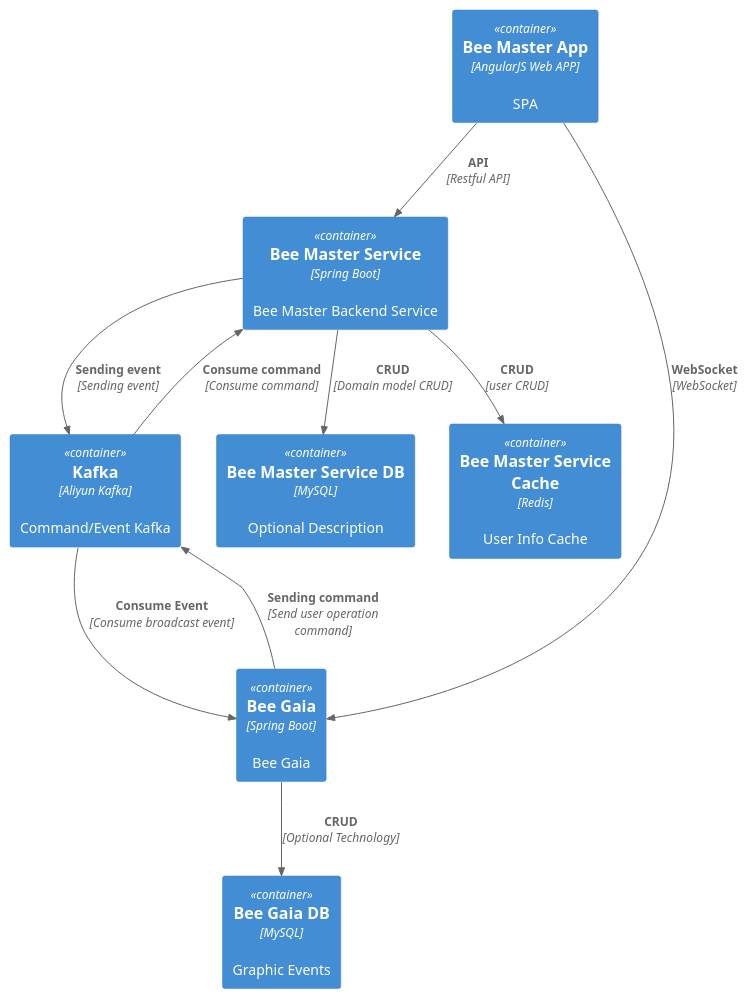
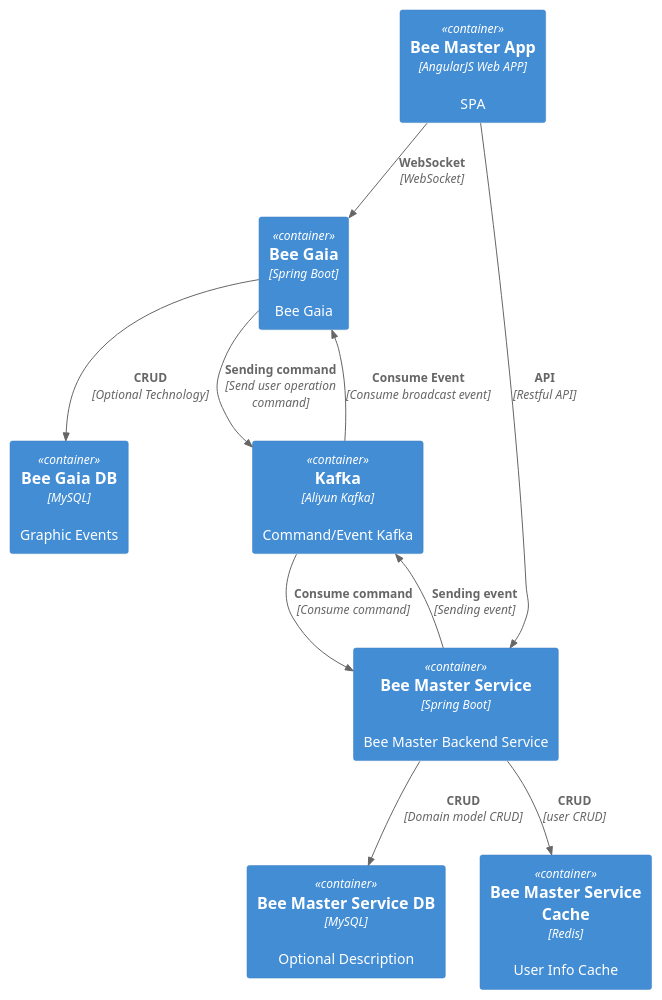
Before and after one commit to benweizhu/project-summary: the diagram in bees/C4_Container.puml, drawn with PlantUML. The commit also changed other lines of this file, not shown here.

```diff
--- a/bees/C4_Container.puml
+++ b/bees/C4_Container.puml
@@ -1,21 +1,21 @@
 @startuml C4_Elements
 !includeurl https://raw.githubusercontent.com/RicardoNiepel/C4-PlantUML/release/1-0/C4_Container.puml
 
+Container(beeMasterApp, "Bee Master App", "AngularJS Web APP", "SPA")
+Container(beeGaia, "Bee Gaia", "Spring Boot", "Bee Gaia ")
+Container(beeGaiaDB, "Bee Gaia DB", "MySQL", "Graphic Events")
 Container(beeMasterService, "Bee Master Service", "Spring Boot", "Bee Master Backend Service")
-Container(beeGaia, "Bee Gaia", "Spring Boot", "Bee Gaia ")
-Container(kafka, "Kafka", "Aliyun Kafka", "Command/Event Kafka")
-Container(beeGaiaDB, "Bee Gaia DB", "MySQL", "Graphic Events")
-Container(beeMasterApp, "Bee Master App", "AngularJS Web APP", "SPA")
 Container(beeMasterServiceDB, "Bee Master Service DB", "MySQL", "Optional Description")
 Container(beeMasterServiceCache, "Bee Master Service Cache", "Redis", "User Info Cache")
+Container(kafka, "Kafka", "Aliyun Kafka", "Command/Event Kafka")
 
 Rel(beeMasterApp, beeGaia, "WebSocket", "WebSocket")
 Rel(beeMasterApp, beeMasterService, "API", "Restful API")
 Rel(beeGaia, kafka, "Sending command", "Send user operation command")
 Rel(kafka, beeGaia, "Consume Event", "Consume broadcast event")
 Rel(kafka, beeMasterService, "Consume command", "Consume command")
 Rel(beeMasterService, kafka, "Sending event", "Sending event")
 Rel(beeGaia, beeGaiaDB, "CRUD", "Optional Technology")
 Rel(beeMasterService, beeMasterServiceDB, "CRUD", "Domain model CRUD")
 Rel(beeMasterService, beeMasterServiceCache, "CRUD", "user CRUD")
 @enduml
```
